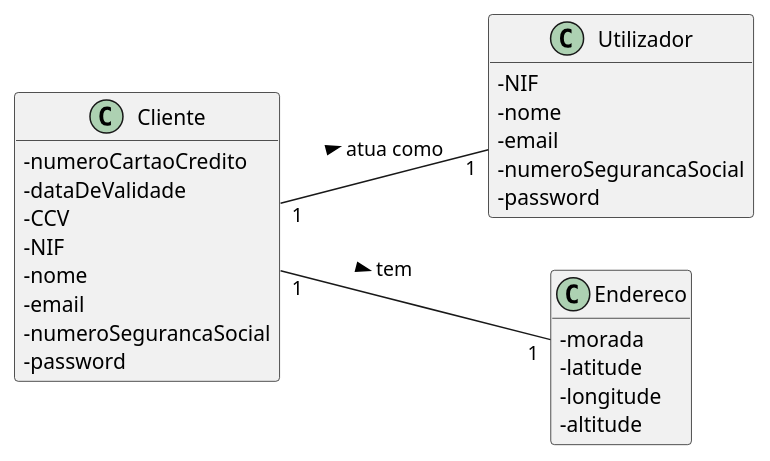
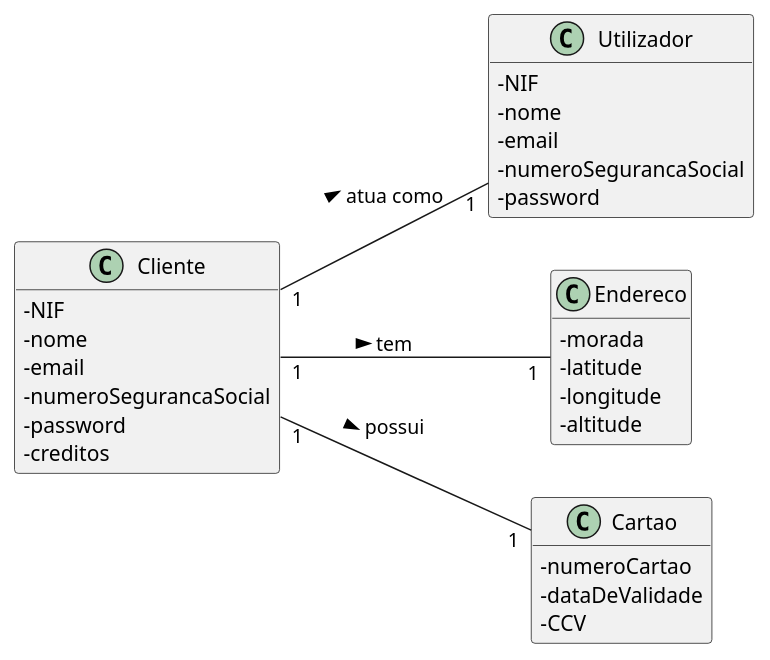
The diagram in docs/UC7/MD-REGISTAR CLIENTE.puml (pedrolemos4/LAPR3), drawn with PlantUML before and after one commit. The commit also changed 3 other files, not shown here.

```diff
--- a/docs/UC7/MD-REGISTAR CLIENTE.puml
+++ b/docs/UC7/MD-REGISTAR CLIENTE.puml
@@ -1,35 +1,40 @@
 @startuml
 skinparam classAttributeIconSize 0
 hide methods
 left to right direction
 
 class Utilizador {
   -NIF
   -nome
   -email
   -numeroSegurancaSocial
   -password
 }
 
 class Endereco {
   -morada
   -latitude
   -longitude
   -altitude
 }
 
 class Cliente {
-  -numeroCartaoCredito
-  -dataDeValidade
-  -CCV
   -NIF
   -nome
   -email
   -numeroSegurancaSocial
   -password
+  -creditos
+}
+
+class Cartao {
+  -numeroCartao
+  -dataDeValidade
+  -CCV
 }
 
 Cliente "1" -- "1" Endereco: tem >
 Cliente "1" -- "1" Utilizador: atua como >
+Cliente "1" -- "1" Cartao: possui >
 
 @enduml
```
